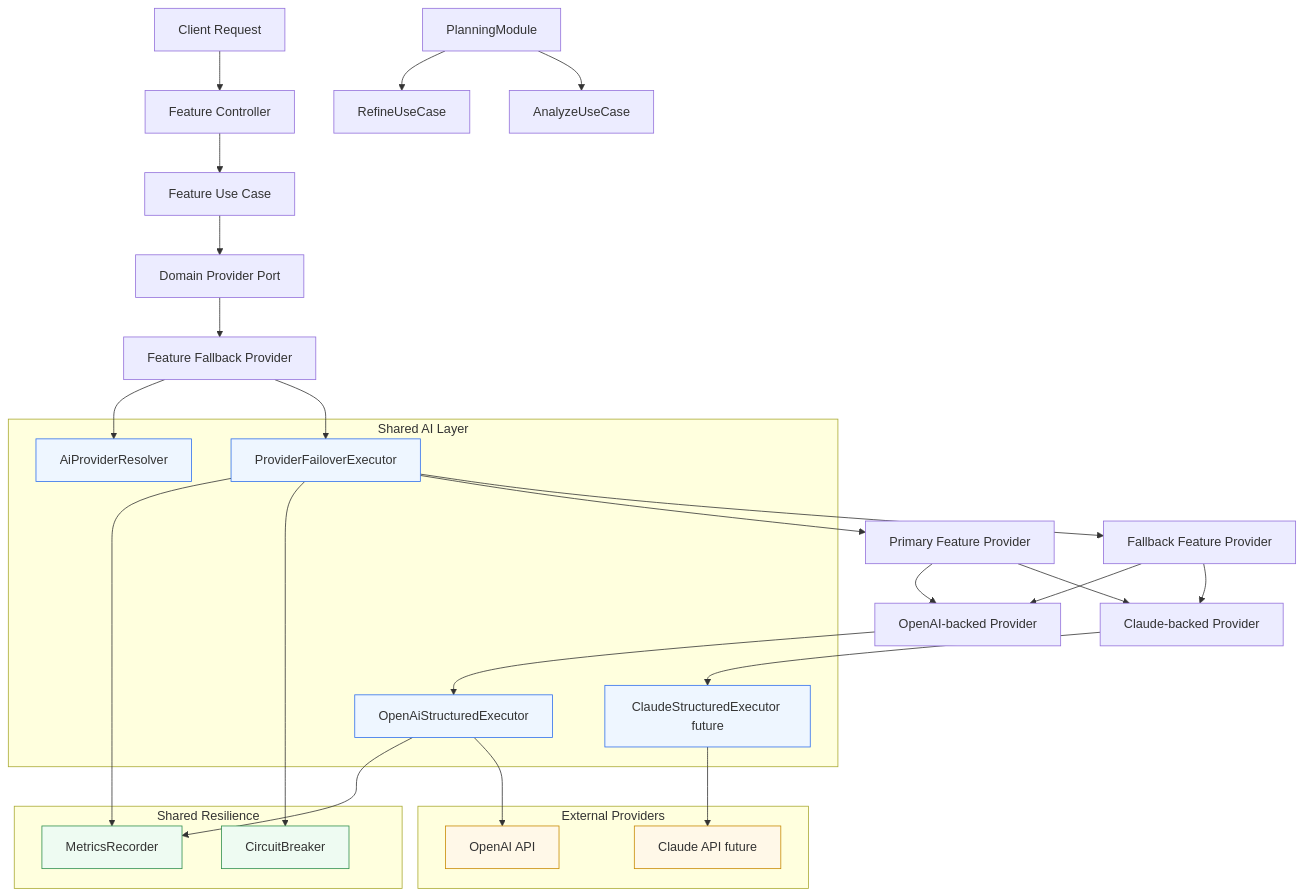
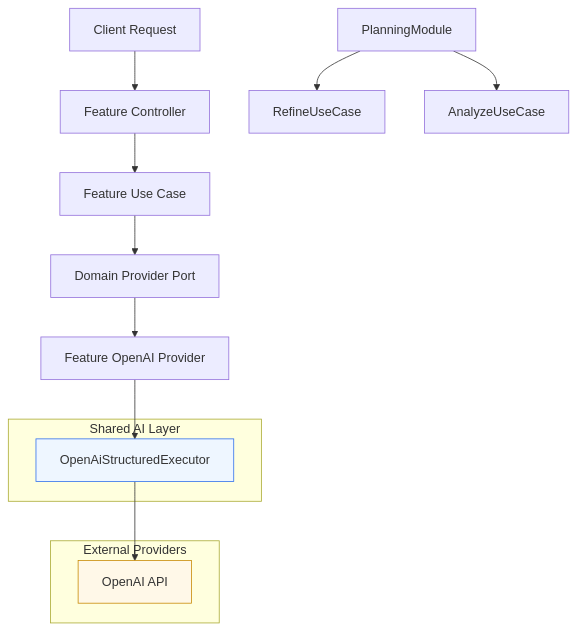
The diagram in docs/diagrams/ai-runtime-diagram.md (gustavoarielms/ai-orchestrator), drawn with Mermaid before and after one commit. The commit also changed other lines of this file and 38 other files, not shown here.

First line of the commit message:
refactor(ai): remove Claude provider and simplify to single OpenAI runtime

````diff
--- a/docs/diagrams/ai-runtime-diagram.md
+++ b/docs/diagrams/ai-runtime-diagram.md
@@ -3,56 +3,27 @@
 ```mermaid
 flowchart TD
     Client[Client Request] --> Controller[Feature Controller]
     Controller --> UseCase[Feature Use Case]
     UseCase --> Port[Domain Provider Port]
-
-    Port --> FallbackProvider[Feature Fallback Provider]
+    Port --> FeatureProvider[Feature OpenAI Provider]
 
     subgraph SharedAI["Shared AI Layer"]
-        Resolver[AiProviderResolver]
-        Failover[ProviderFailoverExecutor]
         OpenAIExec[OpenAiStructuredExecutor]
-        ClaudeExec[ClaudeStructuredExecutor future]
-    end
-
-    subgraph Resilience["Shared Resilience"]
-        Metrics[MetricsRecorder]
-        Circuit[CircuitBreaker]
     end
 
     subgraph Vendors["External Providers"]
         OpenAI[OpenAI API]
-        Claude[Claude API future]
     end
 
-    FallbackProvider --> Resolver
-    FallbackProvider --> Failover
-
-    Failover --> Metrics
-    Failover --> Circuit
-    Failover --> Primary[Primary Feature Provider]
-    Failover --> Secondary[Fallback Feature Provider]
-
-    Primary --> OpenAIProvider[OpenAI-backed Provider]
-    Primary --> ClaudeProvider[Claude-backed Provider]
-    Secondary --> OpenAIProvider
-    Secondary --> ClaudeProvider
-
-    OpenAIProvider --> OpenAIExec
-    ClaudeProvider --> ClaudeExec
-
-    OpenAIExec --> Metrics
+    FeatureProvider --> OpenAIExec
     OpenAIExec --> OpenAI
-    ClaudeExec --> Claude
 
     Planning[PlanningModule] --> RefineUseCase[RefineUseCase]
     Planning --> AnalyzeUseCase[AnalyzeUseCase]
 
     classDef shared fill:#eef6ff,stroke:#2f6fed,stroke-width:1px;
-    classDef resilience fill:#eefbf2,stroke:#2f8f4e,stroke-width:1px;
     classDef vendor fill:#fff8e8,stroke:#c88a04,stroke-width:1px;
 
-    class Resolver,Failover,OpenAIExec,ClaudeExec shared;
-    class Metrics,Circuit resilience;
-    class OpenAI,Claude vendor;
+    class OpenAIExec shared;
+    class OpenAI vendor;
 ```
````
